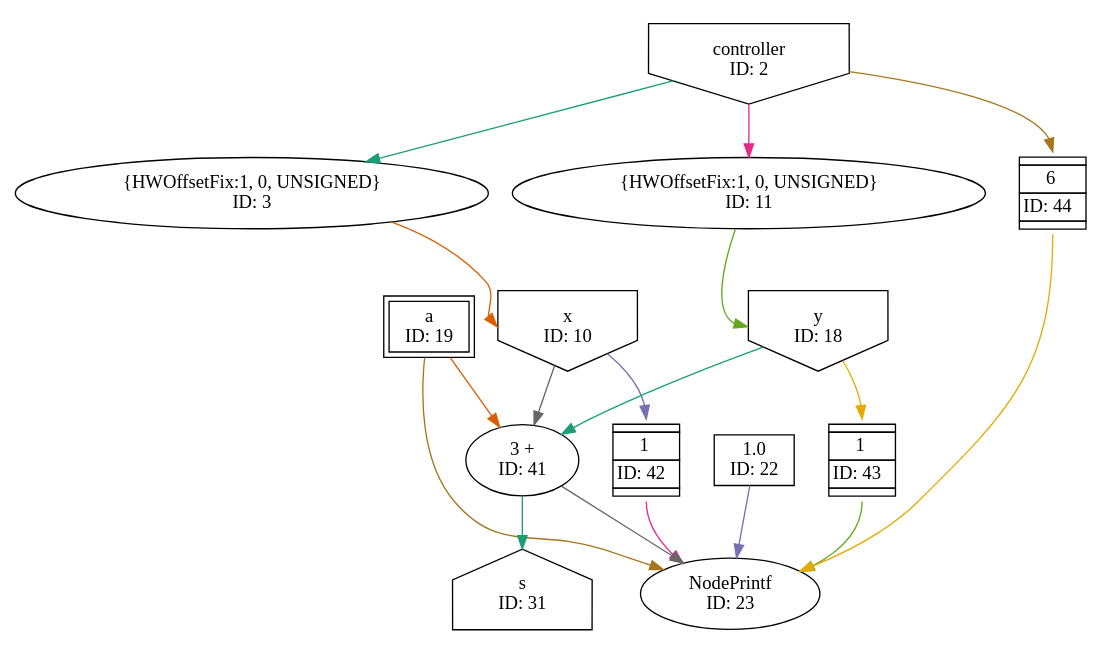
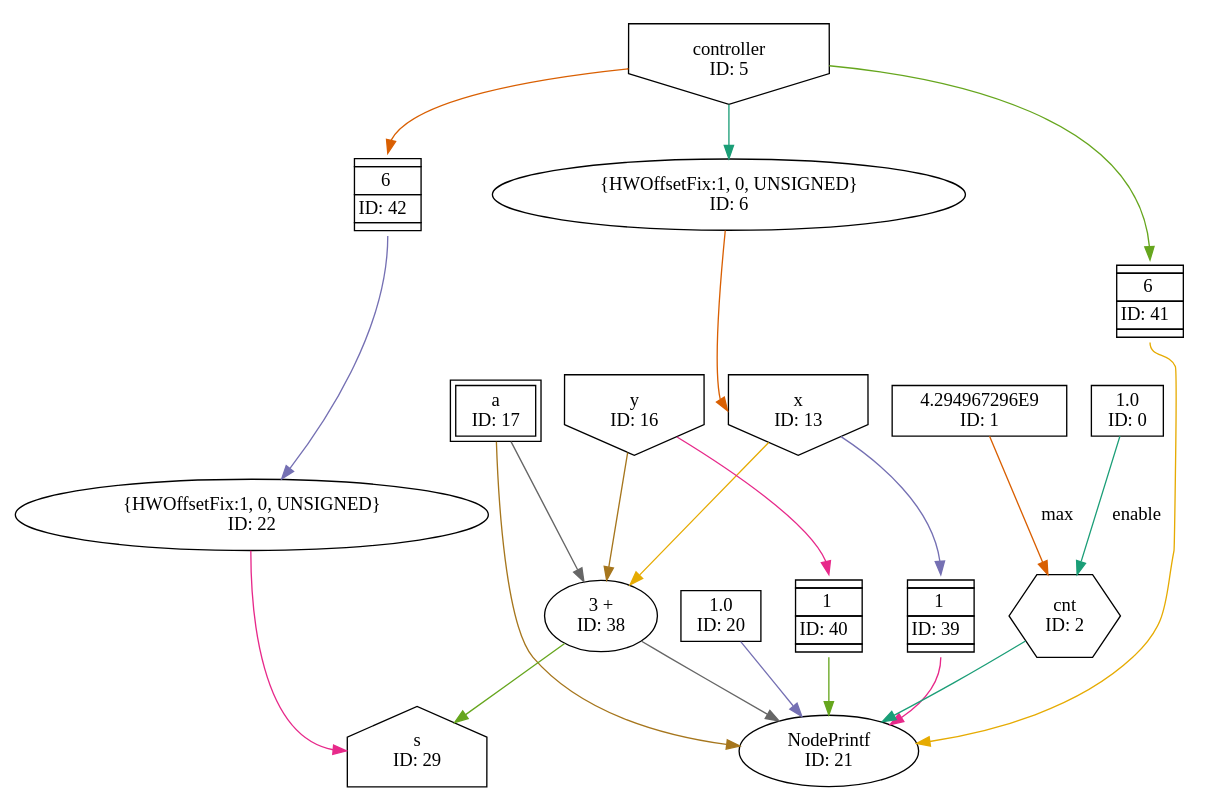
One commit to 3nric000/MaxelerRTM changed the diagram in RTMQueue/RunRules/Simulation/maxfiles/Queue_VECTIS_DFE_SIM/scratch/QueueKernel_scheduled_2.dot. Above: the diagram before and after it, drawn with Graphviz. The commit also changed 70 other files, not shown here.

```diff
--- a/RTMQueue/RunRules/Simulation/maxfiles/Queue_VECTIS_DFE_SIM/scratch/QueueKernel_scheduled_2.dot
+++ b/RTMQueue/RunRules/Simulation/maxfiles/Queue_VECTIS_DFE_SIM/scratch/QueueKernel_scheduled_2.dot
@@ -1,32 +1,40 @@
 digraph QueueKernel_scheduled_2{
-	NodeConstantRawBits22 [shape=box, label="1.0\nID: 22"];
-	NodeInput2 [shape=invhouse, label="controller\nID: 2"];
-	NodeCast3 [label="{HWOffsetFix:1, 0, UNSIGNED}\nID: 3"];
-	NodeInput10 [shape=invhouse, label="x\nID: 10"];
-	NodeFIFO42 [shape=plaintext, label=<<TABLE BORDER="0" CELLSPACING="0" CELLBORDER="1"> <TR><TD></TD></TR><TR><TD>1</TD></TR><TR><TD>ID: 42</TD></TR> <TR><TD></TD></TR> </TABLE>>];
-	NodeCast11 [label="{HWOffsetFix:1, 0, UNSIGNED}\nID: 11"];
-	NodeInput18 [shape=invhouse, label="y\nID: 18"];
-	NodeFIFO43 [shape=plaintext, label=<<TABLE BORDER="0" CELLSPACING="0" CELLBORDER="1"> <TR><TD></TD></TR><TR><TD>1</TD></TR><TR><TD>ID: 43</TD></TR> <TR><TD></TD></TR> </TABLE>>];
-	NodeFIFO44 [shape=plaintext, label=<<TABLE BORDER="0" CELLSPACING="0" CELLBORDER="1"> <TR><TD></TD></TR><TR><TD>6</TD></TR><TR><TD>ID: 44</TD></TR> <TR><TD></TD></TR> </TABLE>>];
-	NodeInputMappedReg19 [shape=box, peripheries=2, label="a\nID: 19"];
-	NodeTriAdd41 [label="3 +\nID: 41"];
-	NodePrintf23 [label="NodePrintf\nID: 23"];
-	NodeOutput31 [shape=house, label="s\nID: 31"];
-	NodeInput2 -> NodeCast3[color="/dark28/1" photon_data="EDGE,SrcNode:2,SrcNodePort:data"];
-	NodeCast3 -> NodeInput10[headport="w" color="/dark28/2" ];
-	NodeInput10 -> NodeFIFO42[headport="n" color="/dark28/3" photon_data="EDGE,SrcNode:10,SrcNodePort:data"];
-	NodeInput2 -> NodeCast11[color="/dark28/4" photon_data="EDGE,SrcNode:2,SrcNodePort:data"];
-	NodeCast11 -> NodeInput18[headport="w" color="/dark28/5" ];
-	NodeInput18 -> NodeFIFO43[headport="n" color="/dark28/6" photon_data="EDGE,SrcNode:18,SrcNodePort:data"];
-	NodeInput2 -> NodeFIFO44[headport="n" color="/dark28/7" photon_data="EDGE,SrcNode:2,SrcNodePort:data"];
-	NodeInput10 -> NodeTriAdd41[color="/dark28/8" photon_data="EDGE,SrcNode:10,SrcNodePort:data"];
-	NodeInput18 -> NodeTriAdd41[color="/dark28/1" photon_data="EDGE,SrcNode:18,SrcNodePort:data"];
-	NodeInputMappedReg19 -> NodeTriAdd41[color="/dark28/2" photon_data="EDGE,SrcNode:19,SrcNodePort:a"];
-	NodeConstantRawBits22 -> NodePrintf23[color="/dark28/3" photon_data="EDGE,SrcNode:22,SrcNodePort:value"];
-	NodeFIFO42 -> NodePrintf23[tailport="s" color="/dark28/4" photon_data="EDGE,SrcNode:42,SrcNodePort:output"];
-	NodeFIFO43 -> NodePrintf23[tailport="s" color="/dark28/5" photon_data="EDGE,SrcNode:43,SrcNodePort:output"];
-	NodeFIFO44 -> NodePrintf23[tailport="s" color="/dark28/6" photon_data="EDGE,SrcNode:44,SrcNodePort:output"];
-	NodeInputMappedReg19 -> NodePrintf23[color="/dark28/7" photon_data="EDGE,SrcNode:19,SrcNodePort:a"];
-	NodeTriAdd41 -> NodePrintf23[color="/dark28/8" photon_data="EDGE,SrcNode:41,SrcNodePort:result"];
-	NodeTriAdd41 -> NodeOutput31[color="/dark28/1" photon_data="EDGE,SrcNode:41,SrcNodePort:result"];
+	NodeConstantRawBits20 [shape=box, label="1.0\nID: 20"];
+	NodeInput5 [shape=invhouse, label="controller\nID: 5"];
+	NodeCast6 [label="{HWOffsetFix:1, 0, UNSIGNED}\nID: 6"];
+	NodeInput13 [shape=invhouse, label="x\nID: 13"];
+	NodeFIFO39 [shape=plaintext, label=<<TABLE BORDER="0" CELLSPACING="0" CELLBORDER="1"> <TR><TD></TD></TR><TR><TD>1</TD></TR><TR><TD>ID: 39</TD></TR> <TR><TD></TD></TR> </TABLE>>];
+	NodeInput16 [shape=invhouse, label="y\nID: 16"];
+	NodeFIFO40 [shape=plaintext, label=<<TABLE BORDER="0" CELLSPACING="0" CELLBORDER="1"> <TR><TD></TD></TR><TR><TD>1</TD></TR><TR><TD>ID: 40</TD></TR> <TR><TD></TD></TR> </TABLE>>];
+	NodeFIFO41 [shape=plaintext, label=<<TABLE BORDER="0" CELLSPACING="0" CELLBORDER="1"> <TR><TD></TD></TR><TR><TD>6</TD></TR><TR><TD>ID: 41</TD></TR> <TR><TD></TD></TR> </TABLE>>];
+	NodeInputMappedReg17 [shape=box, peripheries=2, label="a\nID: 17"];
+	NodeTriAdd38 [label="3 +\nID: 38"];
+	NodeConstantDouble0 [shape=box, label="1.0\nID: 0"];
+	NodeConstantRawBits1 [shape=box, label="4.294967296E9\nID: 1"];
+	NodeCounterV12 [shape=hexagon, label="cnt\nID: 2"];
+	NodePrintf21 [label="NodePrintf\nID: 21"];
+	NodeFIFO42 [shape=plaintext, label=<<TABLE BORDER="0" CELLSPACING="0" CELLBORDER="1"> <TR><TD></TD></TR><TR><TD>6</TD></TR><TR><TD>ID: 42</TD></TR> <TR><TD></TD></TR> </TABLE>>];
+	NodeCast22 [label="{HWOffsetFix:1, 0, UNSIGNED}\nID: 22"];
+	NodeOutput29 [shape=house, label="s\nID: 29"];
+	NodeInput5 -> NodeCast6[color="/dark28/1" photon_data="EDGE,SrcNode:5,SrcNodePort:data"];
+	NodeCast6 -> NodeInput13[headport="w" color="/dark28/2" ];
+	NodeInput13 -> NodeFIFO39[headport="n" color="/dark28/3" photon_data="EDGE,SrcNode:13,SrcNodePort:data"];
+	NodeInput16 -> NodeFIFO40[headport="n" color="/dark28/4" photon_data="EDGE,SrcNode:16,SrcNodePort:data"];
+	NodeInput5 -> NodeFIFO41[headport="n" color="/dark28/5" photon_data="EDGE,SrcNode:5,SrcNodePort:data"];
+	NodeInput13 -> NodeTriAdd38[color="/dark28/6" photon_data="EDGE,SrcNode:13,SrcNodePort:data"];
+	NodeInput16 -> NodeTriAdd38[color="/dark28/7" photon_data="EDGE,SrcNode:16,SrcNodePort:data"];
+	NodeInputMappedReg17 -> NodeTriAdd38[color="/dark28/8" photon_data="EDGE,SrcNode:17,SrcNodePort:a"];
+	NodeConstantDouble0 -> NodeCounterV12[label="enable" color="/dark28/1" photon_data="EDGE,SrcNode:0,SrcNodePort:value"];
+	NodeConstantRawBits1 -> NodeCounterV12[label="max" color="/dark28/2" photon_data="EDGE,SrcNode:1,SrcNodePort:value"];
+	NodeConstantRawBits20 -> NodePrintf21[color="/dark28/3" photon_data="EDGE,SrcNode:20,SrcNodePort:value"];
+	NodeFIFO39 -> NodePrintf21[tailport="s" color="/dark28/4" photon_data="EDGE,SrcNode:39,SrcNodePort:output"];
+	NodeFIFO40 -> NodePrintf21[tailport="s" color="/dark28/5" photon_data="EDGE,SrcNode:40,SrcNodePort:output"];
+	NodeFIFO41 -> NodePrintf21[tailport="s" color="/dark28/6" photon_data="EDGE,SrcNode:41,SrcNodePort:output"];
+	NodeInputMappedReg17 -> NodePrintf21[color="/dark28/7" photon_data="EDGE,SrcNode:17,SrcNodePort:a"];
+	NodeTriAdd38 -> NodePrintf21[color="/dark28/8" photon_data="EDGE,SrcNode:38,SrcNodePort:result"];
+	NodeCounterV12 -> NodePrintf21[color="/dark28/1" photon_data="EDGE,SrcNode:2,SrcNodePort:count"];
+	NodeInput5 -> NodeFIFO42[headport="n" color="/dark28/2" photon_data="EDGE,SrcNode:5,SrcNodePort:data"];
+	NodeFIFO42 -> NodeCast22[tailport="s" color="/dark28/3" photon_data="EDGE,SrcNode:42,SrcNodePort:output"];
+	NodeCast22 -> NodeOutput29[headport="w" color="/dark28/4" ];
+	NodeTriAdd38 -> NodeOutput29[color="/dark28/5" photon_data="EDGE,SrcNode:38,SrcNodePort:result"];
 }
```
